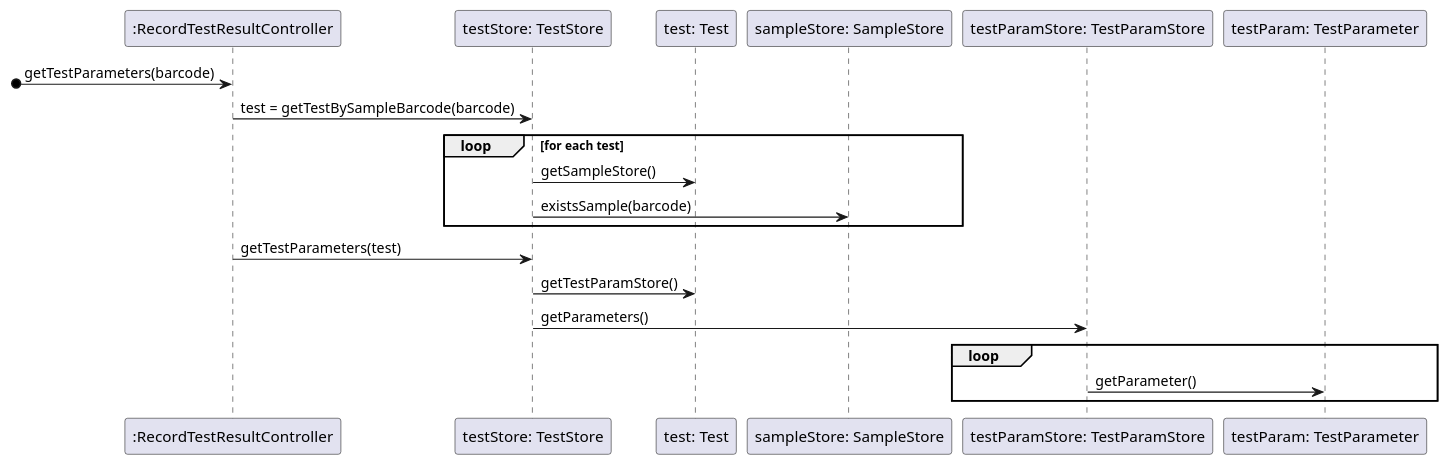
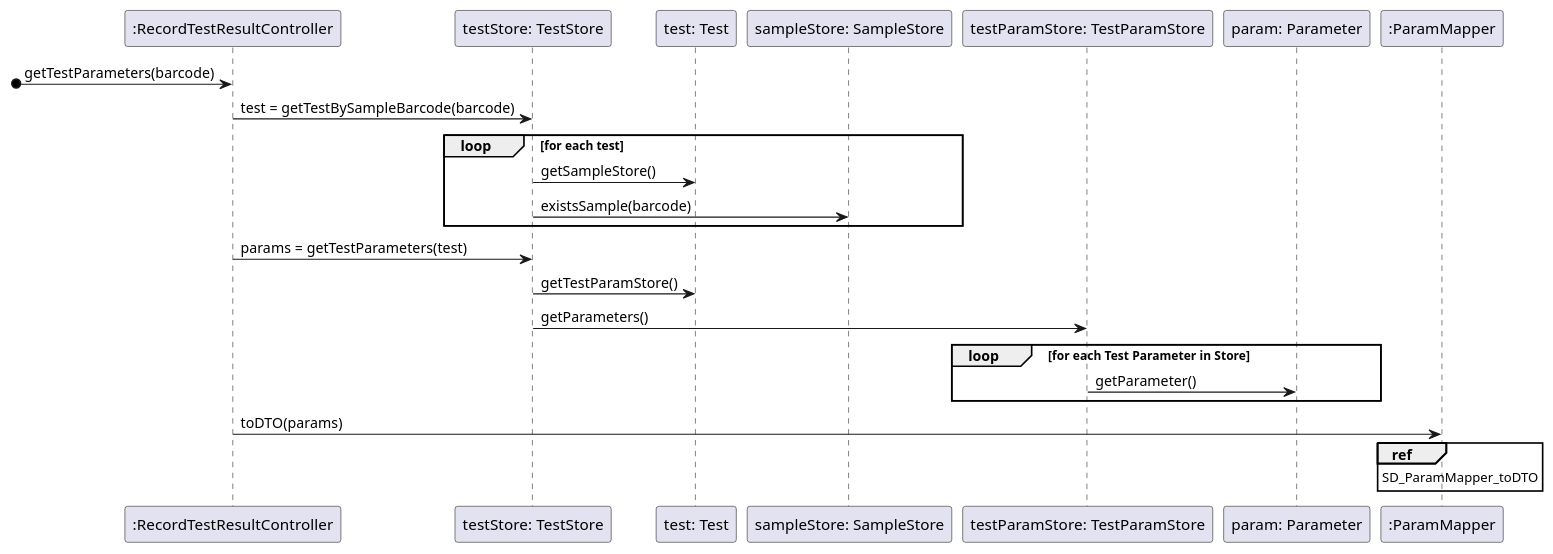
The diagram in docs/SprintC/US12/SD_ShowTestParameters.puml (MadDinosaur/ISEP-LAPR2), drawn with PlantUML before and after one commit. The commit also changed 4 other files, not shown here.

Commit message:
Replaced parameter list to UI for DTO object (in artifacts only, still pending implementation).

```diff
--- a/docs/SprintC/US12/SD_ShowTestParameters.puml
+++ b/docs/SprintC/US12/SD_ShowTestParameters.puml
@@ -1,22 +1,24 @@
 @startuml
 participant ":RecordTestResultController" as controller
 participant "testStore: TestStore" as ts
 participant "test: Test" as test
 participant "sampleStore: SampleStore" as ss
 participant "testParamStore: TestParamStore" as tpstore
-participant "testParam: TestParameter" as testParam
-
+participant "param: Parameter" as testParam
+participant ":ParamMapper" as map
 
 [o-> controller : getTestParameters(barcode)
 controller -> ts : test = getTestBySampleBarcode(barcode)
 loop for each test
 ts -> test : getSampleStore()
 ts -> ss : existsSample(barcode)
 end loop
-controller -> ts : getTestParameters(test)
+controller -> ts : params = getTestParameters(test)
 ts -> test : getTestParamStore()
 ts -> tpstore : getParameters()
-loop
+loop for each Test Parameter in Store
 tpstore -> testParam : getParameter()
 end loop
+controller -> map : toDTO(params)
+ref over map : SD_ParamMapper_toDTO
 @enduml
```
